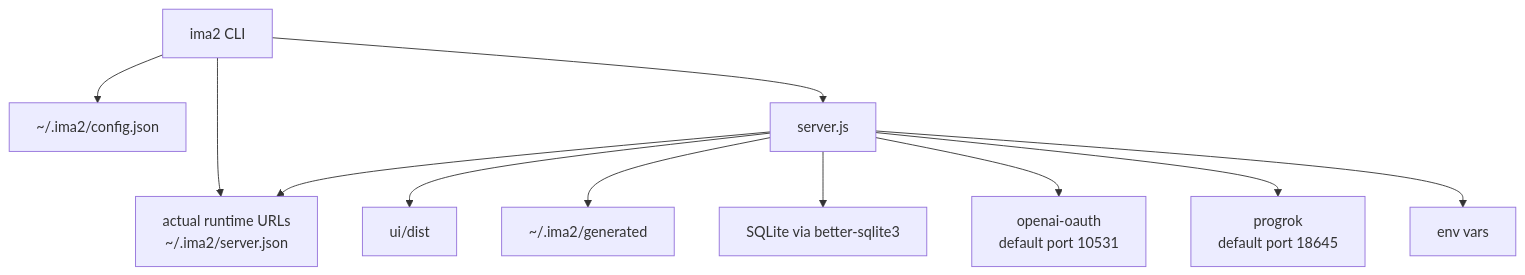
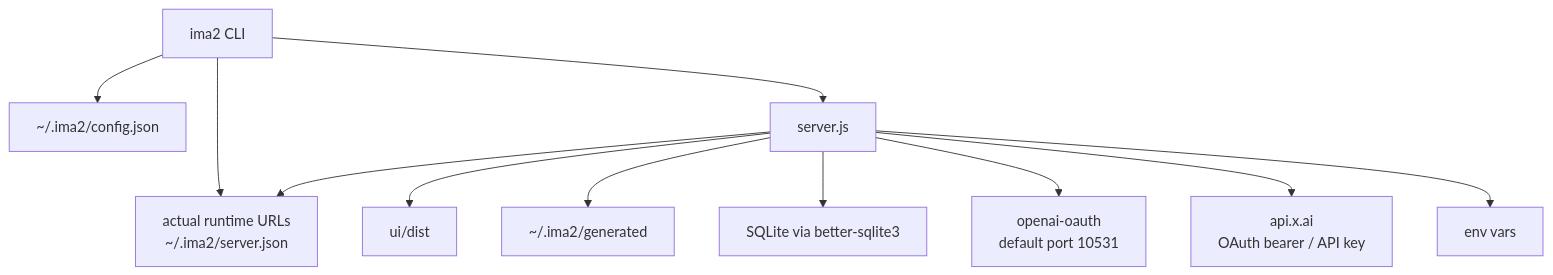
The diagram in structure/06-infra-operations.md (lidge-jun/ima2-gen), drawn with Mermaid before and after one commit. The commit also changed other lines of this file and 44 other files, not shown here.

First line of the commit message:
docs(grok): describe the native xAI OAuth lane everywhere the proxy used to be

````diff
--- a/structure/06-infra-operations.md
+++ b/structure/06-infra-operations.md
@@ -52,13 +52,13 @@
 ```mermaid
 graph TD
     CLI["ima2 CLI"] --> CFG["~/.ima2/config.json"]
     CLI --> ADV["~/.ima2/server.json"]
     CLI --> SRV["server.js"]
     SRV --> DIST["ui/dist"]
     SRV --> GEN["~/.ima2/generated"]
     SRV --> DB["SQLite via better-sqlite3"]
     SRV --> OAUTH["openai-oauth<br/>default port 10531"]
-    SRV --> GROK["progrok<br/>default port 18645"]
+    SRV --> XAI["api.x.ai<br/>OAuth bearer / API key"]
     SRV --> ENV["env vars"]
     SRV --> ADV["actual runtime URLs<br/>~/.ima2/server.json"]
 ```
````
